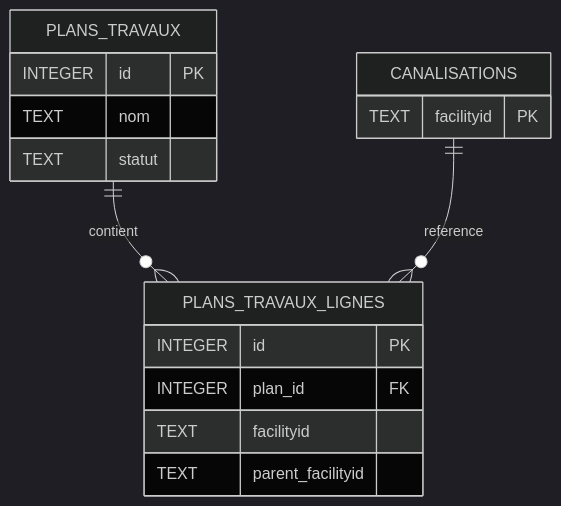
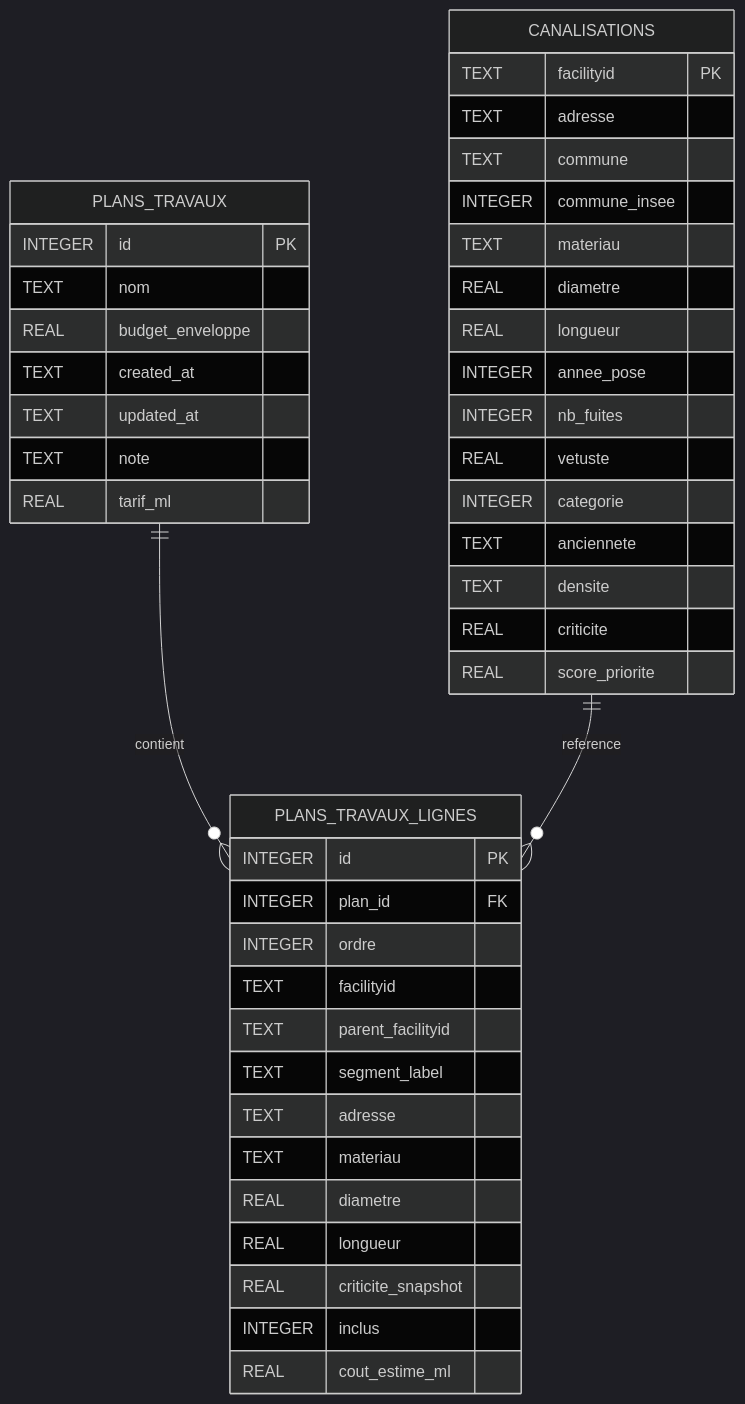
The second of 2 diagrams in database/MCD.md (JulesCinc/RenovTaCana), drawn with Mermaid (dark theme) before and after one commit. The commit also changed other lines of this file and 17 other files, not shown here.

````diff
--- a/database/MCD.md
+++ b/database/MCD.md
@@ -69,20 +192,47 @@
 ```mermaid
 erDiagram
     PLANS_TRAVAUX {
         INTEGER id PK
         TEXT nom
-        TEXT statut
+        REAL budget_enveloppe
+        TEXT created_at
+        TEXT updated_at
+        TEXT note
+        REAL tarif_ml
     }
     PLANS_TRAVAUX_LIGNES {
         INTEGER id PK
         INTEGER plan_id FK
+        INTEGER ordre
         TEXT facilityid
         TEXT parent_facilityid
+        TEXT segment_label
+        TEXT adresse
+        TEXT materiau
+        REAL diametre
+        REAL longueur
+        REAL criticite_snapshot
+        INTEGER inclus
+        REAL cout_estime_ml
     }
     CANALISATIONS {
         TEXT facilityid PK
+        TEXT adresse
+        TEXT commune
+        INTEGER commune_insee
+        TEXT materiau
+        REAL diametre
+        REAL longueur
+        INTEGER annee_pose
+        INTEGER nb_fuites
+        REAL vetuste
+        INTEGER categorie
+        TEXT anciennete
+        TEXT densite
+        REAL criticite
+        REAL score_priorite
     }
 
     PLANS_TRAVAUX ||--o{ PLANS_TRAVAUX_LIGNES : "contient"
     CANALISATIONS ||--o{ PLANS_TRAVAUX_LIGNES : "reference"
 ```
````
